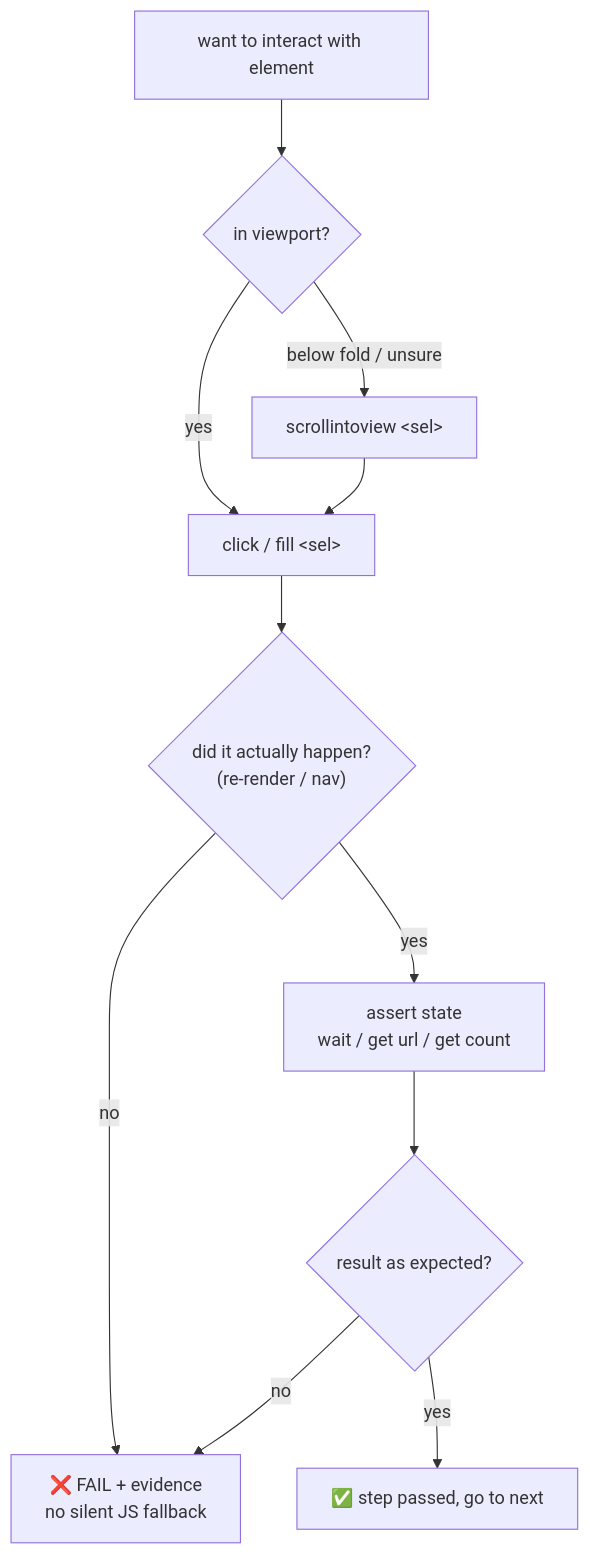
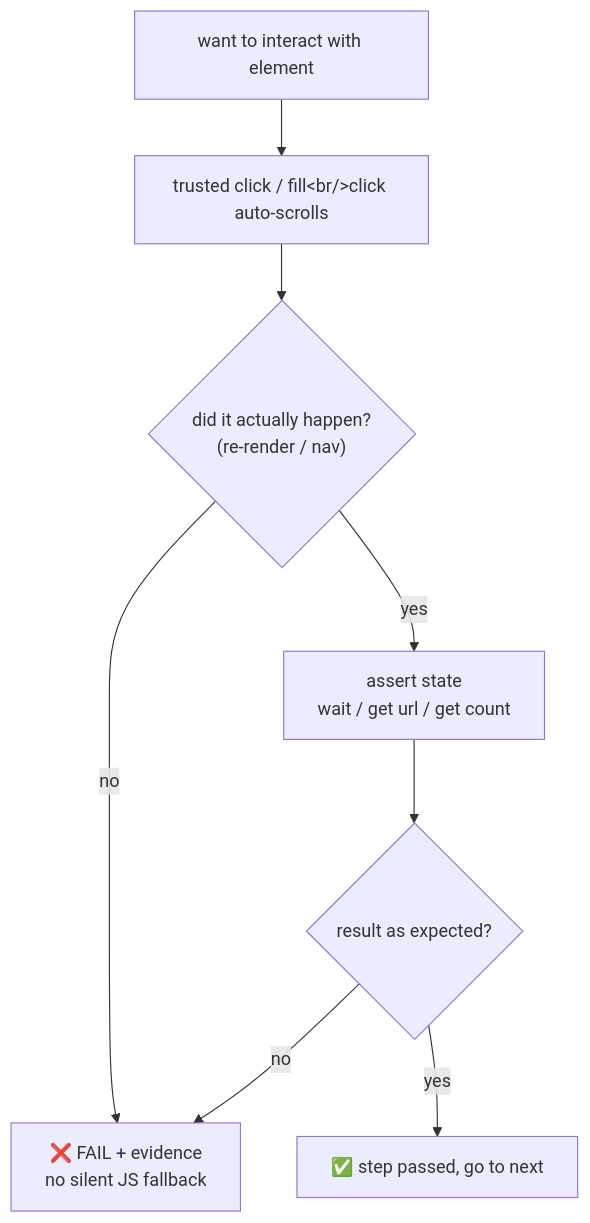
The third of 6 diagrams in docs/ARCHITECTURE.md (Teibto/teibto-browser-qa), drawn with Mermaid before and after one commit. The commit also changed other lines of this file and 28 other files, not shown here.

````diff
--- a/docs/ARCHITECTURE.md
+++ b/docs/ARCHITECTURE.md
@@ -73,13 +73,10 @@
 ```mermaid
 flowchart TD
-    a["want to interact with element"] --> b{"in viewport?"}
-    b -->|"below fold / unsure"| c["scrollintoview &lt;sel&gt;"]
-    b -->|yes| d["click / fill &lt;sel&gt;"]
-    c --> d
+    a["want to interact with element"] --> d["trusted click / fill&lt;br/&gt;click auto-scrolls"]
     d --> e{"did it actually happen?<br/>(re-render / nav)"}
     e -->|no| x["❌ FAIL + evidence<br/>no silent JS fallback"]
     e -->|yes| g["assert state<br/>wait / get url / get count"]
     g --> h{"result as expected?"}
     h -->|no| x
     h -->|yes| ok["✅ step passed, go to next"]
 ```
````
